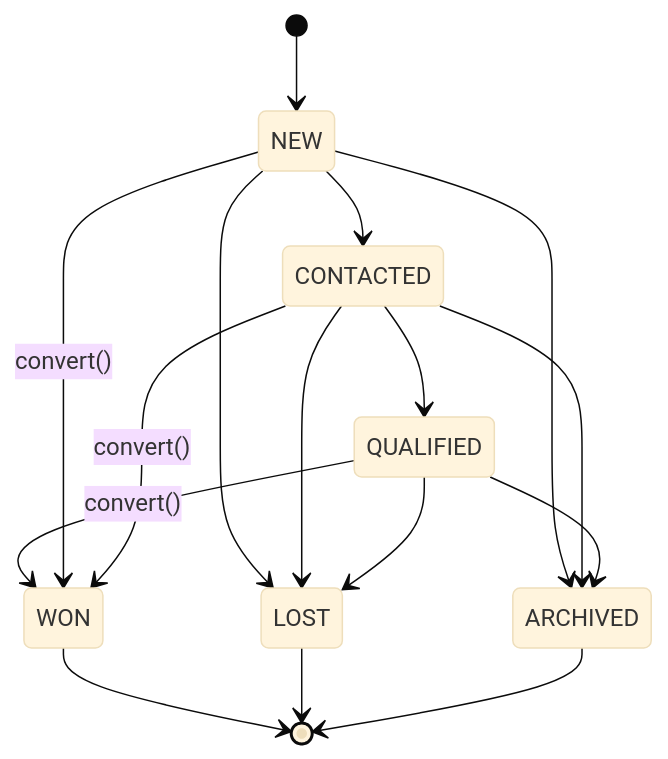
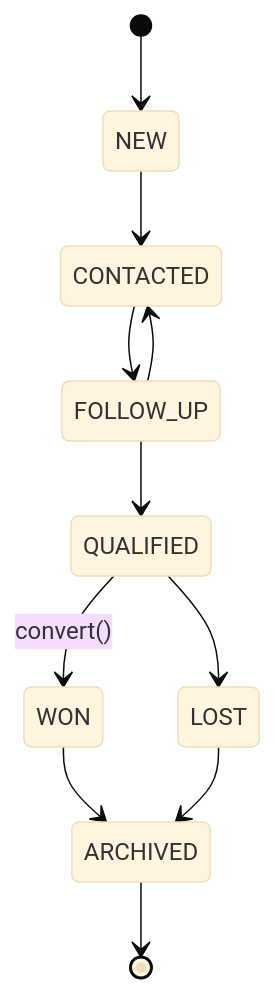
The first of 17 diagrams in docs/business-workflows.md (watcharaphonjit/reverie-desk-be), drawn with Mermaid (base theme) before and after one commit. The commit also changed other lines of this file and 47 other files, not shown here.

````diff
--- a/docs/business-workflows.md
+++ b/docs/business-workflows.md
@@ -32,18 +13,13 @@
 ```mermaid
 stateDiagram-v2
     [*] --> NEW
     NEW --> CONTACTED
-    CONTACTED --> QUALIFIED
+    CONTACTED --> FOLLOW_UP
+    FOLLOW_UP --> CONTACTED
+    FOLLOW_UP --> QUALIFIED
     QUALIFIED --> WON: convert()
-    NEW --> WON: convert()
-    CONTACTED --> WON: convert()
-    NEW --> LOST
-    NEW --> ARCHIVED
-    CONTACTED --> LOST
     QUALIFIED --> LOST
-    CONTACTED --> ARCHIVED
-    QUALIFIED --> ARCHIVED
-    WON --> [*]
-    LOST --> [*]
+    WON --> ARCHIVED
+    LOST --> ARCHIVED
     ARCHIVED --> [*]
 ```
````
